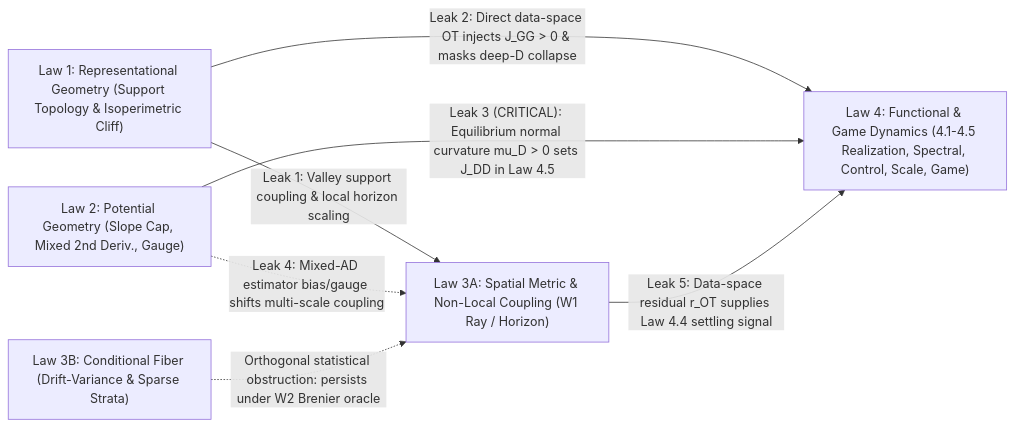
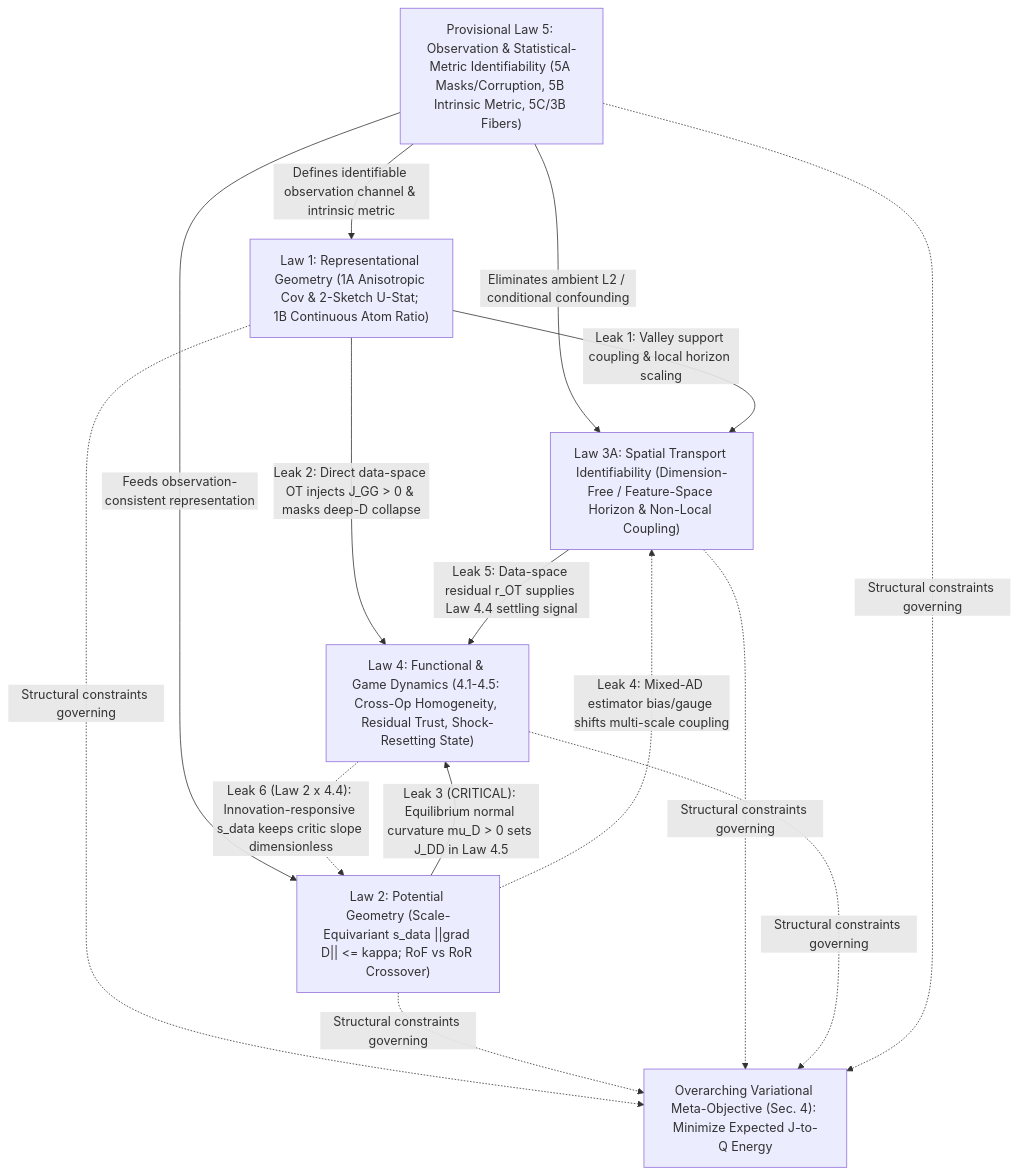
One commit to HyperGAN/ParticleGAN changed the diagram in docs/four-laws.md. Above: the diagram before and after it, drawn with Mermaid. The commit also changed other lines of this file and 84 other files, not shown here.

````diff
--- a/docs/four-laws.md
+++ b/docs/four-laws.md
@@ -416,15 +533,20 @@
 ```mermaid
-flowchart LR
-    L1["Law 1: Representational Geometry (Support Topology & Isoperimetric Cliff)"]
-    L2["Law 2: Potential Geometry (Slope Cap, Mixed 2nd Deriv., Gauge)"]
-    L3A["Law 3A: Spatial Metric & Non-Local Coupling (W1 Ray / Horizon)"]
-    L3B["Law 3B: Conditional Fiber (Drift-Variance & Sparse Strata)"]
-    L4["Law 4: Functional & Game Dynamics (4.1-4.5 Realization, Spectral, Control, Scale, Game)"]
+flowchart TD
+    OBJ["Overarching Variational Meta-Objective (Sec. 4): Minimize Expected J-to-Q Energy"]
+    L5["Provisional Law 5: Observation & Statistical-Metric Identifiability (5A Masks/Corruption, 5B Intrinsic Metric, 5C/3B Fibers)"]
+    L1["Law 1: Representational Geometry (1A Anisotropic Cov & 2-Sketch U-Stat; 1B Continuous Atom Ratio)"]
+    L2["Law 2: Potential Geometry (Scale-Equivariant s_data ||grad D|| <= kappa; RoF vs RoR Crossover)"]
+    L3A["Law 3A: Spatial Transport Identifiability (Dimension-Free / Feature-Space Horizon & Non-Local Coupling)"]
+    L4["Law 4: Functional & Game Dynamics (4.1-4.5: Cross-Op Homogeneity, Residual Trust, Shock-Resetting State)"]
 
+    L5 -->|"Defines identifiable observation channel & intrinsic metric"| L1
+    L5 -->|"Feeds observation-consistent representation"| L2
+    L5 -->|"Eliminates ambient L2 / conditional confounding"| L3A
     L1 -->|"Leak 1: Valley support coupling & local horizon scaling"| L3A
     L1 -->|"Leak 2: Direct data-space OT injects J_GG > 0 & masks deep-D collapse"| L4
     L2 -->|"Leak 3 (CRITICAL): Equilibrium normal curvature mu_D > 0 sets J_DD in Law 4.5"| L4
     L2 -.->|"Leak 4: Mixed-AD estimator bias/gauge shifts multi-scale coupling"| L3A
     L3A -->|"Leak 5: Data-space residual r_OT supplies Law 4.4 settling signal"| L4
-    L3B -.->|"Orthogonal statistical obstruction: persists under W2 Brenier oracle"| L3A
+    L4 -.->|"Leak 6 (Law 2 x 4.4): Innovation-responsive s_data keeps critic slope dimensionless"| L2
+    L1 & L2 & L3A & L4 & L5 -.->|"Structural constraints governing"| OBJ
 ```
````
